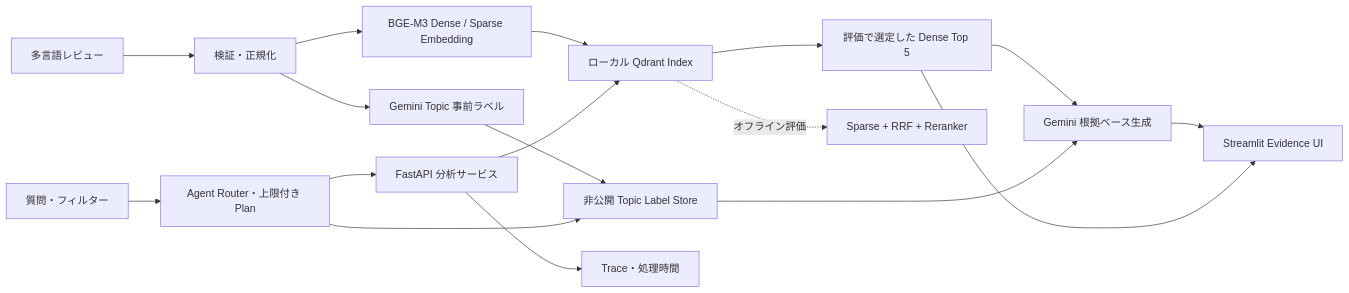
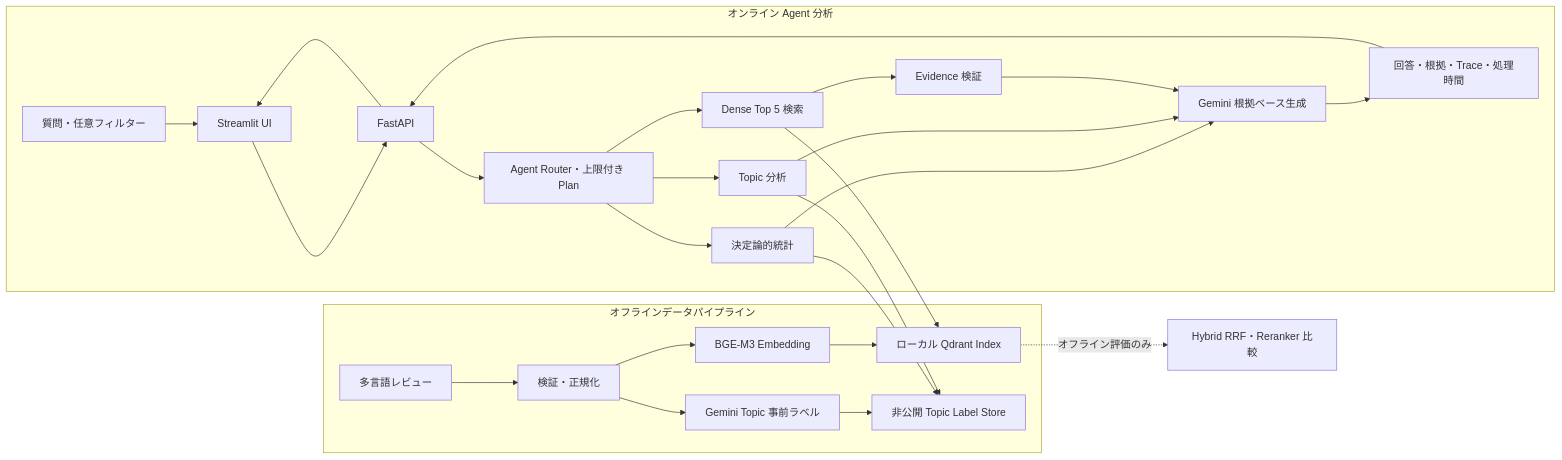
Before and after one commit to taojiangyz/Tokyo-Disneyland-review-intelligence: the diagram in README.ja.md, drawn with Mermaid. The commit also changed other lines of this file and 2 other files, not shown here.

Commit message:
Correct Agent architecture documentation

````diff
--- a/README.ja.md
+++ b/README.ja.md
@@ -31,19 +31,31 @@
 ```mermaid
 flowchart LR
-    A["多言語レビュー"] --> B["検証・正規化"]
-    B --> C["BGE-M3 Dense / Sparse Embedding"]
-    B --> L["Gemini Topic 事前ラベル"]
-    L --> TS["非公開 Topic Label Store"]
-    C --> D["ローカル Qdrant Index"]
-    U["質問・フィルター"] --> AG["Agent Router・上限付き Plan"]
-    AG --> API["FastAPI 分析サービス"]
-    AG --> TS
-    API --> D
-    D --> DR["評価で選定した Dense Top 5"]
-    DR --> G["Gemini 根拠ベース生成"]
-    TS --> G
-    G --> UI["Streamlit Evidence UI"]
-    DR --> UI
-    D -. "オフライン評価" .-> EXP["Sparse + RRF + Reranker"]
-    API --> T["Trace・処理時間"]
+    subgraph OFF["オフラインデータパイプライン"]
+        A["多言語レビュー"] --> B["検証・正規化"]
+        B --> C["BGE-M3 Embedding"]
+        C --> D["ローカル Qdrant Index"]
+        B --> L["Gemini Topic 事前ラベル"]
+        L --> TS["非公開 Topic Label Store"]
+    end
+
+    subgraph ON["オンライン Agent 分析"]
+        U["質問・任意フィルター"] --> UI["Streamlit UI"]
+        UI --> API["FastAPI"]
+        API --> AG["Agent Router・上限付き Plan"]
+        AG --> ST["決定論的統計"]
+        AG --> TP["Topic 分析"]
+        AG --> RT["Dense Top 5 検索"]
+        ST --> TS
+        TP --> TS
+        RT --> D
+        RT --> EV["Evidence 検証"]
+        ST --> G["Gemini 根拠ベース生成"]
+        TP --> G
+        EV --> G
+        G --> R["回答・根拠・Trace・処理時間"]
+        R --> API
+        API --> UI
+    end
+
+    D -. "オフライン評価のみ" .-> EXP["Hybrid RRF・Reranker 比較"]
 ```
````
